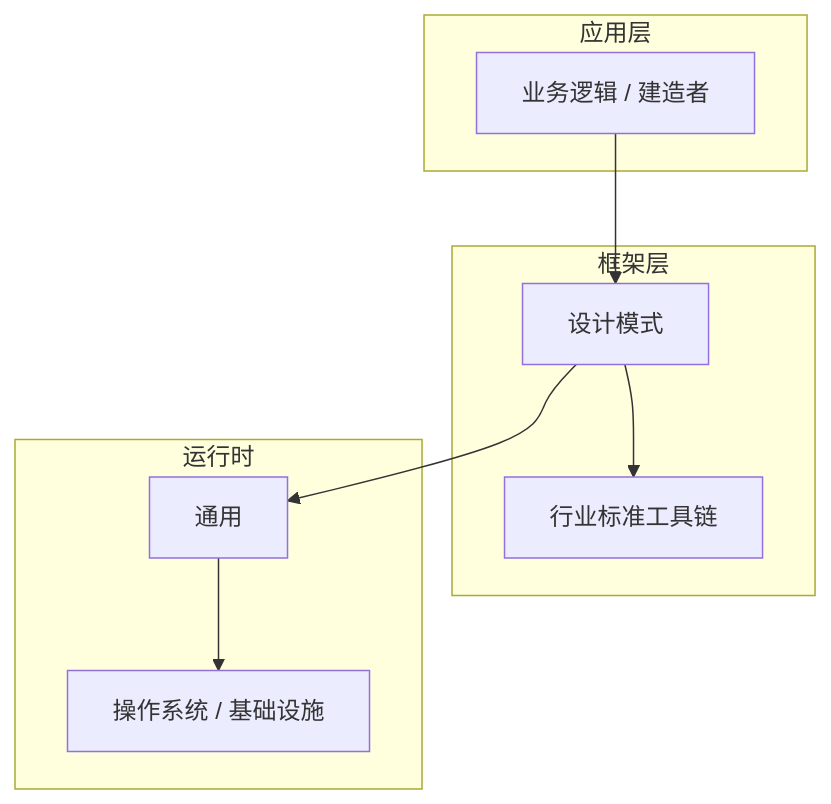
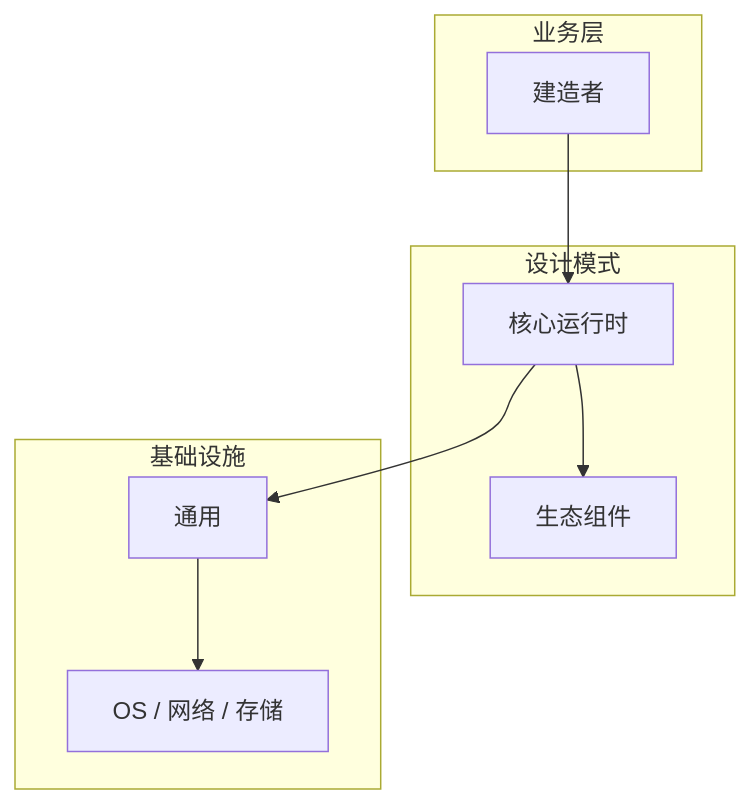
The diagram in articles/设计模式/chapters/021-建造者核心概念与原理.md (yanggan2015/knowledge-json-v2), drawn with Mermaid before and after one commit. The commit also changed other lines of this file and 10127 other files, not shown here.

````diff
--- a/articles/设计模式/chapters/021-建造者核心概念与原理.md
+++ b/articles/设计模式/chapters/021-建造者核心概念与原理.md
@@ -45,18 +34,18 @@
 ```mermaid
 graph TB
-    subgraph 应用层
-        A[业务逻辑 / 建造者]
+    subgraph 业务层
+        A[建造者]
     end
-    subgraph 框架层
-        B[设计模式]
-        C[行业标准工具链]
+    subgraph 设计模式
+        B[核心运行时]
+        C[生态组件]
     end
-    subgraph 运行时
+    subgraph 基础设施
         D[通用]
-        E[操作系统 / 基础设施]
+        E[OS / 网络 / 存储]
     end
     A --> B
     B --> C
     B --> D
     D --> E
 ```
````
